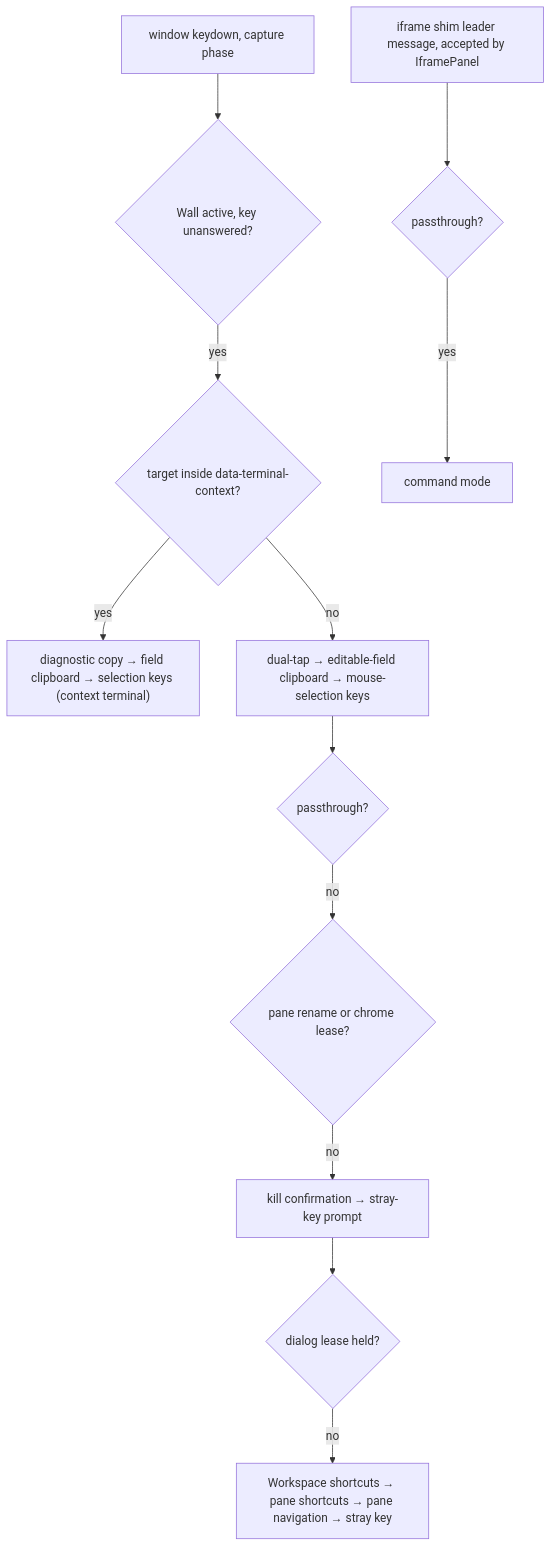
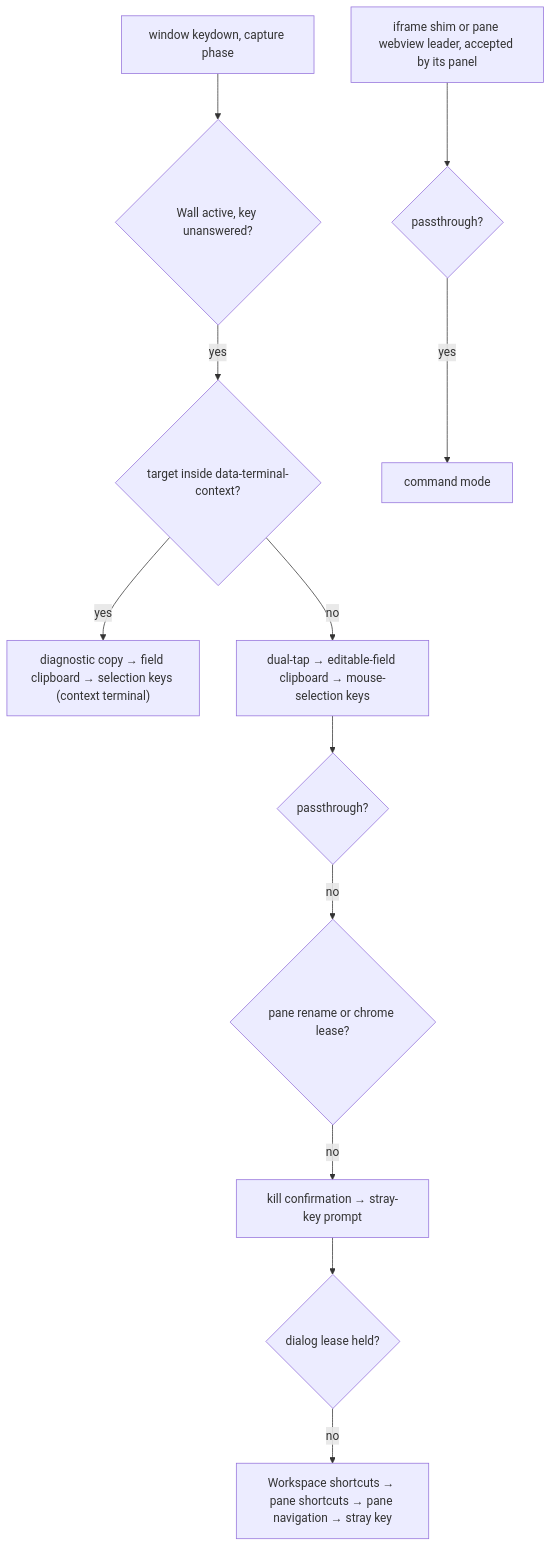
Before and after one commit to diffplug/dormouse: the first of 2 diagrams in docs/specs/layout.md, drawn with Mermaid. The commit also changed other lines of this file and 15 other files, not shown here.

First line of the commit message:
Promote the pane webview's first stage in the specs

````diff
--- a/docs/specs/layout.md
+++ b/docs/specs/layout.md
@@ -222,14 +222,14 @@
 ```mermaid
 flowchart TD
   K["window keydown, capture phase"] --> A{"Wall active, key unanswered?"}
   A -- yes --> X{"target inside data-terminal-context?"}
   X -- yes --> X1["diagnostic copy → field clipboard → selection keys (context terminal)"]
   X -- no --> D["dual-tap → editable-field clipboard → mouse-selection keys"]
   D --> P{"passthrough?"}
   P -- no --> R{"pane rename or chrome lease?"}
   R -- no --> KC["kill confirmation → stray-key prompt"]
   KC --> DL{"dialog lease held?"}
   DL -- no --> W["Workspace shortcuts → pane shortcuts → pane navigation → stray key"]
-  M["iframe shim leader message, accepted by IframePanel"] --> MA{"passthrough?"}
+  M["iframe shim or pane webview leader, accepted by its panel"] --> MA{"passthrough?"}
   MA -- yes --> CM["command mode"]
 ```
````
